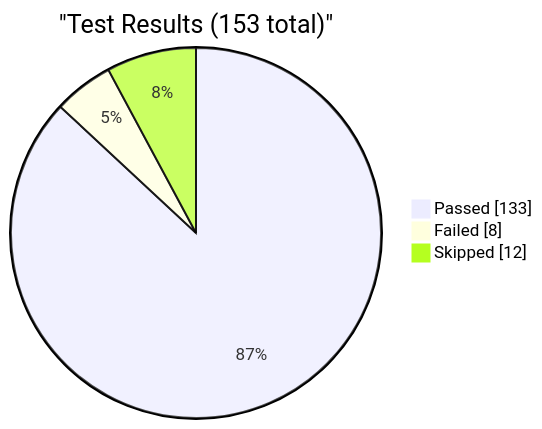
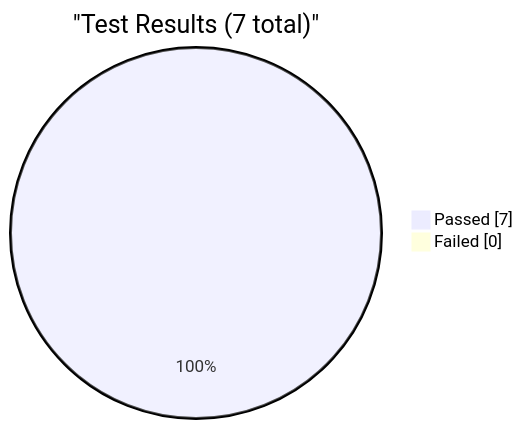
Before and after one commit to EliteaAI/onetest-ai-tm-Elitea: the first of 4 diagrams in reports/dashboard.md, drawn with Mermaid. The commit also changed other lines of this file and 1 other file, not shown here.

Commit message:
dashboard: update test metrics for RUN-ELITEA-2026-08-21-42-DEV-STABLE-SETTINGS-SMOKE-PASSED

````diff
--- a/reports/dashboard.md
+++ b/reports/dashboard.md
@@ -9,7 +9,6 @@
 ```mermaid
 pie showData
-    title "Test Results (153 total)"
-    "Passed" : 133
-    "Failed" : 8
-    "Skipped" : 12
+    title "Test Results (7 total)"
+    "Passed" : 7
+    "Failed" : 0
 ```
````
